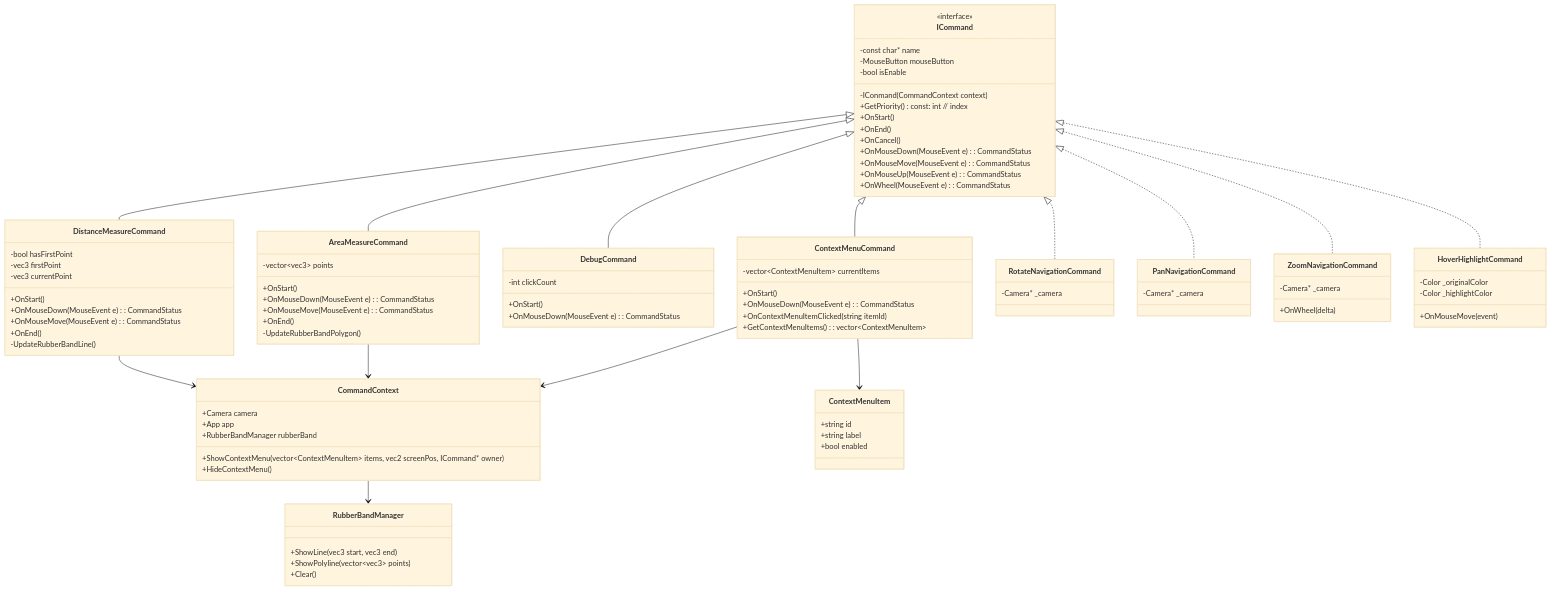
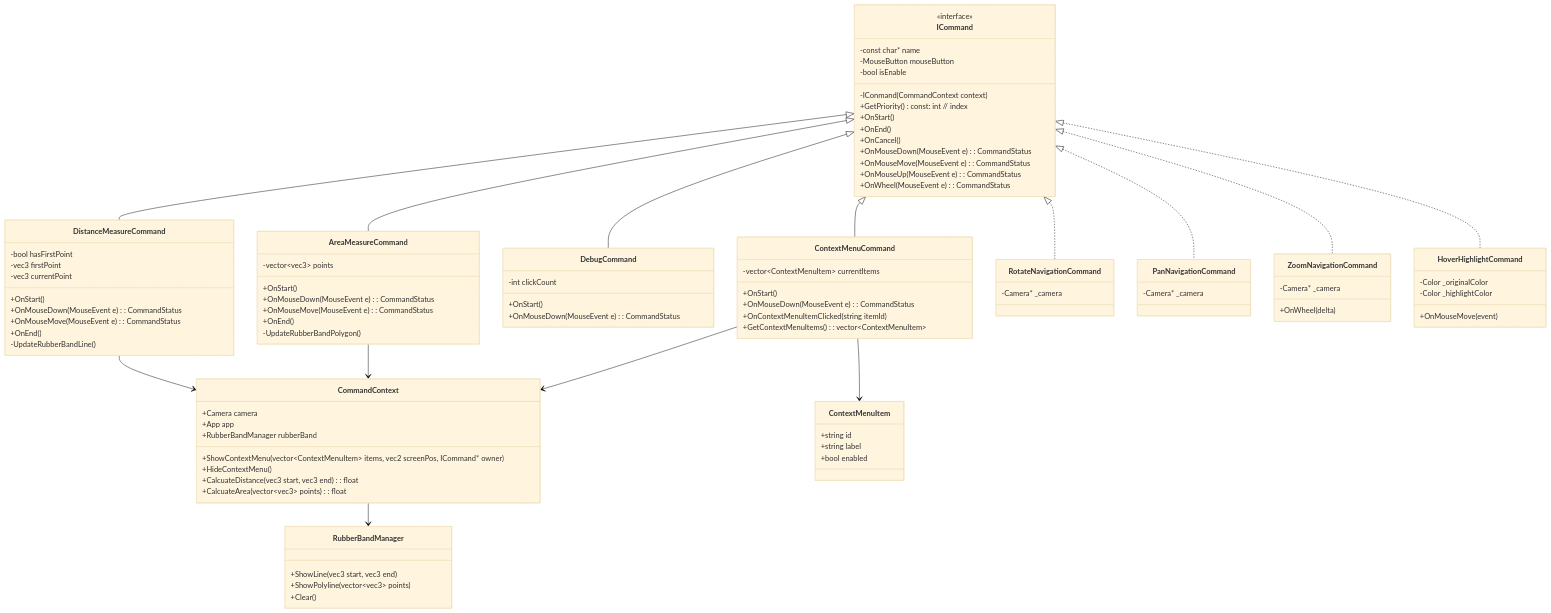
One commit to vfa-khaidt1/vfa-cdn changed the third of 3 diagrams in Final.md. Above: the diagram before and after it, drawn with Mermaid (base theme).

```diff
--- a/Final.md
+++ b/Final.md
@@ -316,6 +316,8 @@
         +RubberBandManager rubberBand
         +ShowContextMenu(vector~ContextMenuItem~ items, vec2 screenPos, ICommand* owner)
         +HideContextMenu()
+        +CalcuateDistance(vec3 start, vec3 end): float
+        +CalcuateArea(vector~vec3~ points): float      
     }
     class DistanceMeasureCommand {
         -bool hasFirstPoint
```
